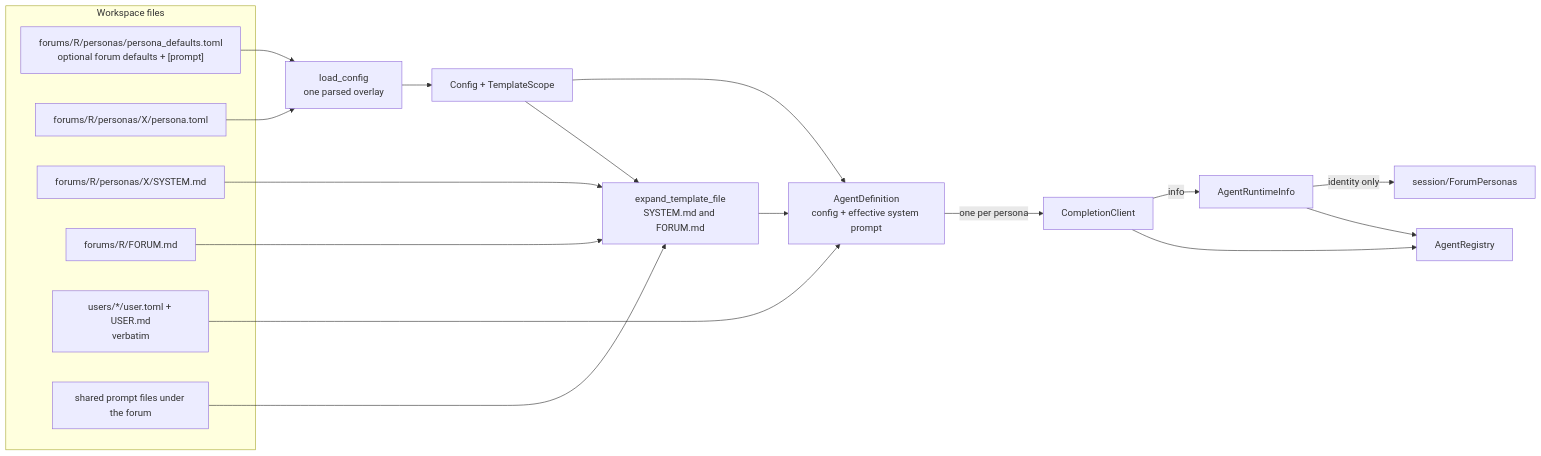
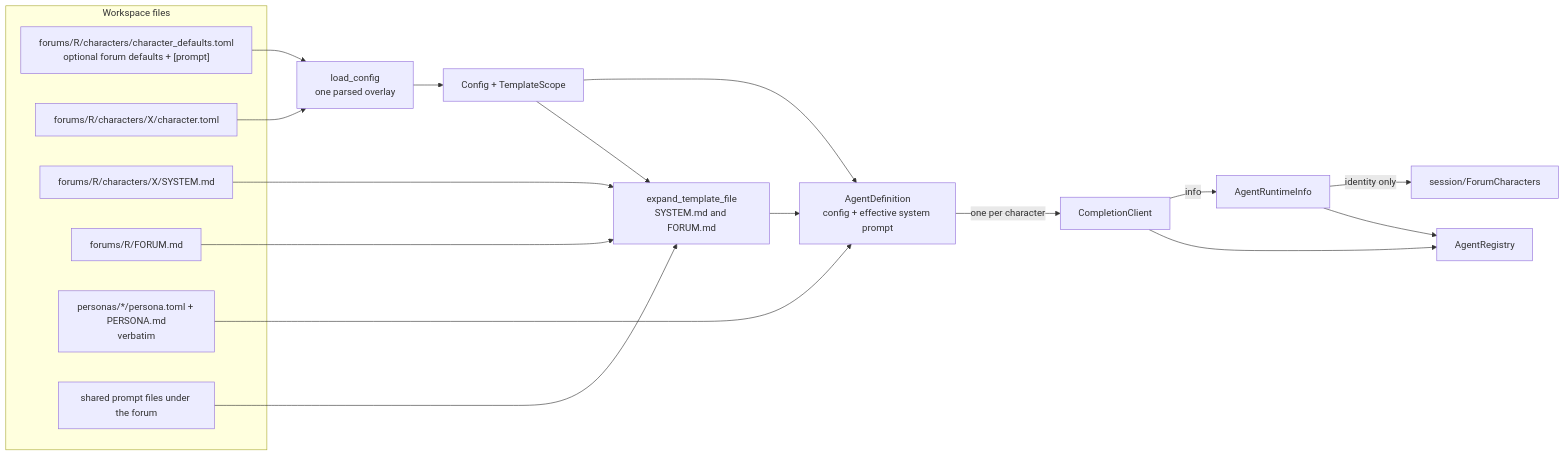
One commit to michaelpopov/cha changed the first of 4 diagrams in src/agents/README.md. Above: the diagram before and after it, drawn with Mermaid. The commit also changed other lines of this file and 117 other files, not shown here.

````diff
--- a/src/agents/README.md
+++ b/src/agents/README.md
@@ -25,27 +25,27 @@
 ```mermaid
 flowchart LR
     subgraph disk["Workspace files"]
-        base["forums/R/personas/persona_defaults.toml<br/>optional forum defaults + [prompt]"]
-        cfg["forums/R/personas/X/persona.toml"]
-        sys["forums/R/personas/X/SYSTEM.md"]
+        base["forums/R/characters/character_defaults.toml<br/>optional forum defaults + [prompt]"]
+        cfg["forums/R/characters/X/character.toml"]
+        sys["forums/R/characters/X/SYSTEM.md"]
         usr["forums/R/FORUM.md"]
-        roster["users/*/user.toml + USER.md<br/>verbatim"]
+        roster["personas/*/persona.toml + PERSONA.md<br/>verbatim"]
         shared["shared prompt files under the forum"]
     end
 
     base --> load["load_config<br/>one parsed overlay"]
     cfg --> load
     load --> conf["Config + TemplateScope"]
     conf --> expand["expand_template_file<br/>SYSTEM.md and FORUM.md"]
     sys --> expand
     usr --> expand
     shared --> expand
     expand --> def["AgentDefinition<br/>config + effective system prompt"]
     conf --> def
     roster --> def
-    def -->|"one per persona"| client["CompletionClient"]
+    def -->|"one per character"| client["CompletionClient"]
     client --> registry["AgentRegistry"]
     client -->|"info"| runtime["AgentRuntimeInfo"]
     runtime --> registry
-    runtime -->|"identity only"| personas["session/ForumPersonas"]
+    runtime -->|"identity only"| characters["session/ForumCharacters"]
 ```
````
